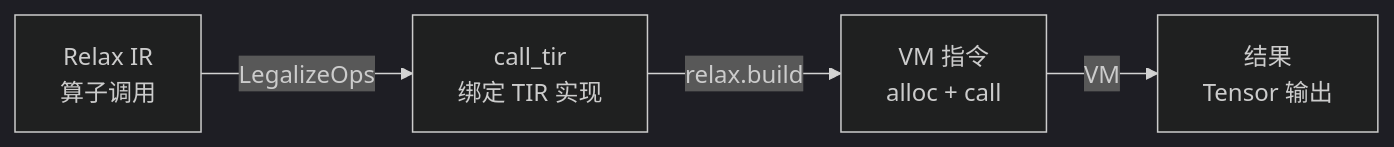
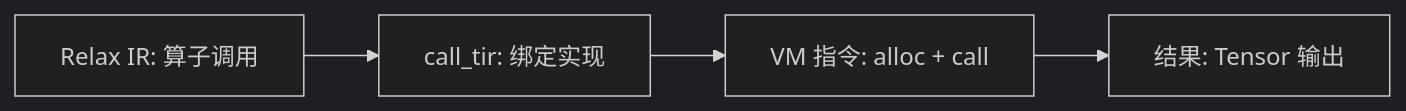
Before and after one commit to LudovicoYIN/blog: the second of 2 diagrams in src/content/posts/tvm-compilation-pipeline.md, drawn with Mermaid (dark theme). The commit also changed other lines of this file, not shown here.

First line of the commit message:
fix: simplify mermaid diagrams, remove Foundation node and direction LR

````diff
--- a/src/content/posts/tvm-compilation-pipeline.md
+++ b/src/content/posts/tvm-compilation-pipeline.md
@@ -190,6 +185,6 @@
 ```mermaid
 flowchart LR
-    A["Relax IR<br/>算子调用"] -->|"LegalizeOps"| B["call_tir<br/>绑定 TIR 实现"]
-    B -->|"relax.build"| C["VM 指令<br/>alloc + call"]
-    C -->|"VM"| D["结果<br/>Tensor 输出"]
+    A[Relax IR: 算子调用] --> B[call_tir: 绑定实现]
+    B --> C[VM 指令: alloc + call]
+    C --> D[结果: Tensor 输出]
 ```
````
